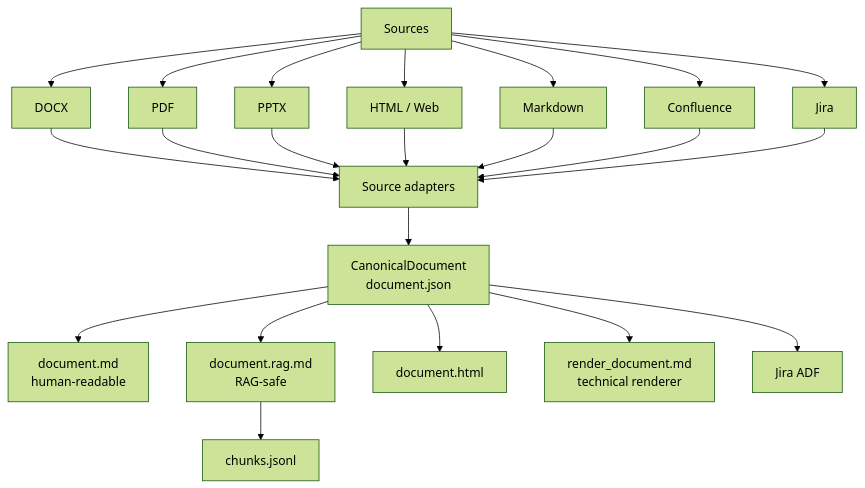
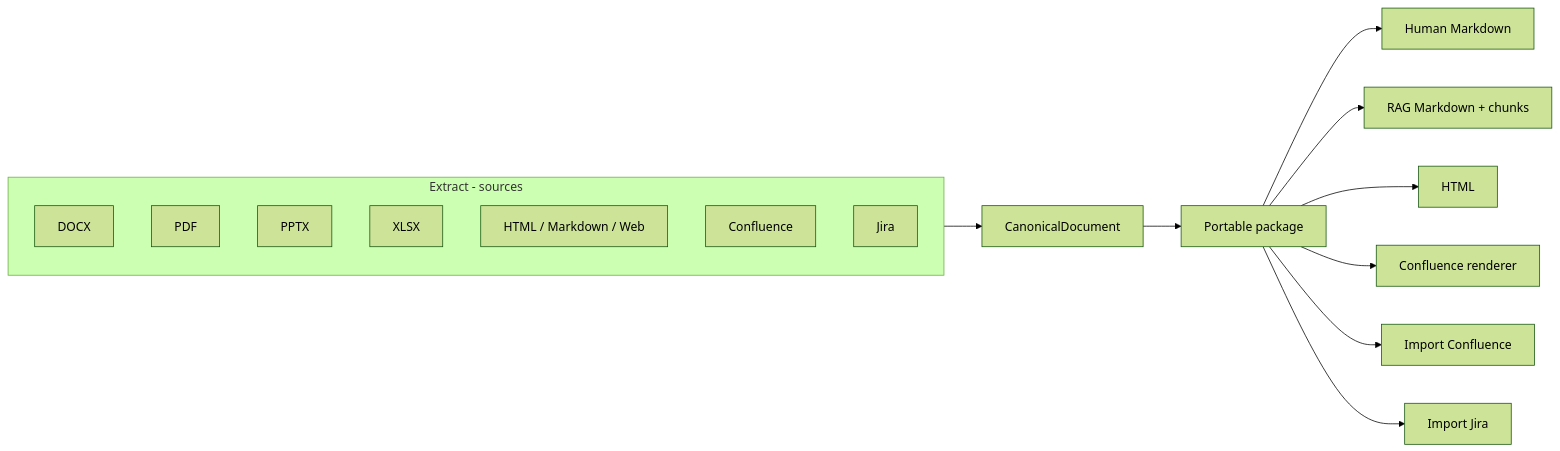
One commit to orenault/docspecbridge changed the first of 3 diagrams in README.md. Above: the diagram before and after it, drawn with Mermaid (forest theme). The commit also changed other lines of this file and 19 other files, not shown here.

````diff
--- a/README.md
+++ b/README.md
@@ -7,26 +10,22 @@
 ```mermaid
-flowchart TD
-    S[Sources] --> D[DOCX]
-    S --> P[PDF]
-    S --> X[PPTX]
-    S --> H[HTML / Web]
-    S --> M[Markdown]
-    S --> C[Confluence]
-    S --> J[Jira]
+flowchart LR
+    subgraph SRC[Extract - sources]
+      DOCX[DOCX]
+      PDF[PDF]
+      PPTX[PPTX]
+      XLSX[XLSX]
+      HTML[HTML / Markdown / Web]
+      CONF[Confluence]
+      JIRA[Jira]
+    end
 
-    D --> A[Source adapters]
-    P --> A
-    X --> A
-    H --> A
-    M --> A
-    C --> A
-    J --> A
+    SRC --> CAN[CanonicalDocument]
+    CAN --> PKG[Portable package]
+    PKG --> MD[Human Markdown]
+    PKG --> RAG[RAG Markdown + chunks]
+    PKG --> H[HTML]
+    PKG --> CFM[Confluence renderer]
 
-    A --> CAN[CanonicalDocument<br/>document.json]
-    CAN --> MD[document.md<br/>human-readable]
-    CAN --> RAG[document.rag.md<br/>RAG-safe]
-    CAN --> HTML[document.html]
-    CAN --> CONF[render_document.md<br/>technical renderer]
-    CAN --> ADF[Jira ADF]
-    RAG --> CH[chunks.jsonl]
+    PKG --> CFT[Import Confluence]
+    PKG --> JRT[Import Jira]
 ```
````
